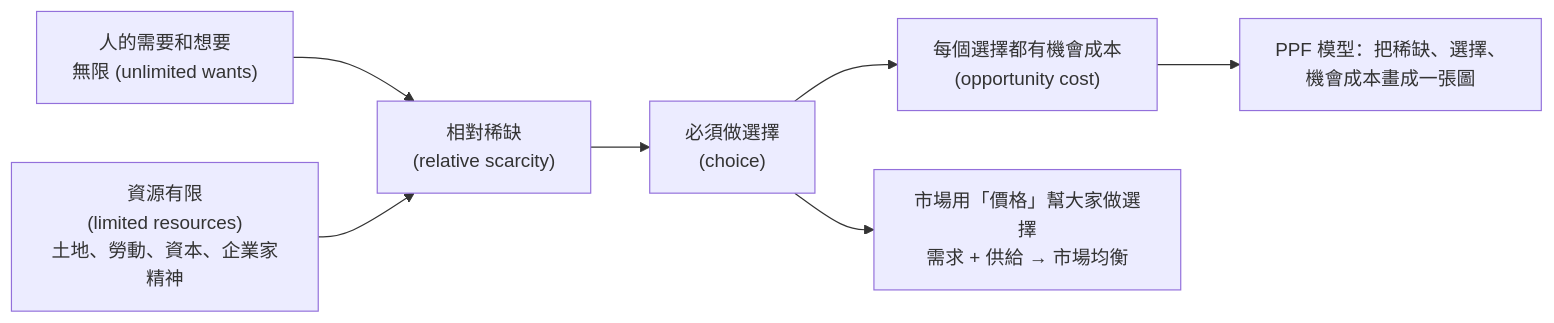
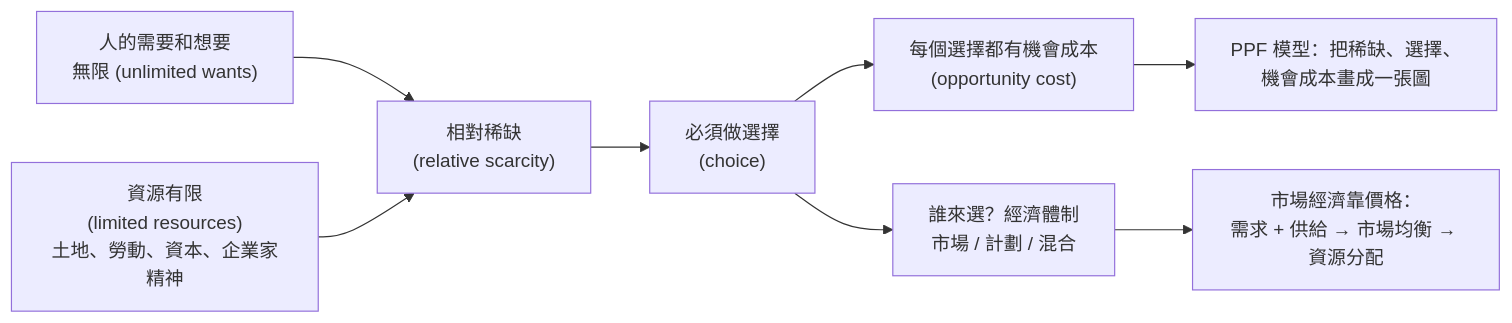
One commit to Eric17-dot/Eric1 changed the diagram in MUFY_Economics/README.md. Above: the diagram before and after it, drawn with Mermaid. The commit also changed other lines of this file, not shown here.

````diff
--- a/MUFY_Economics/README.md
+++ b/MUFY_Economics/README.md
@@ -177,9 +137,10 @@
 ```mermaid
 flowchart LR
     W["人的需要和想要<br/>無限 (unlimited wants)"] --> S["相對稀缺<br/>(relative scarcity)"]
     R["資源有限<br/>(limited resources)<br/>土地、勞動、資本、企業家精神"] --> S
     S --> C["必須做選擇<br/>(choice)"]
     C --> O["每個選擇都有機會成本<br/>(opportunity cost)"]
     O --> P["PPF 模型：把稀缺、選擇、<br/>機會成本畫成一張圖"]
-    C --> M["市場用「價格」幫大家做選擇<br/>需求 + 供給 → 市場均衡"]
+    C --> E["誰來選？經濟體制<br/>市場 / 計劃 / 混合"]
+    E --> M["市場經濟靠價格：<br/>需求 + 供給 → 市場均衡 → 資源分配"]
 ```
````
